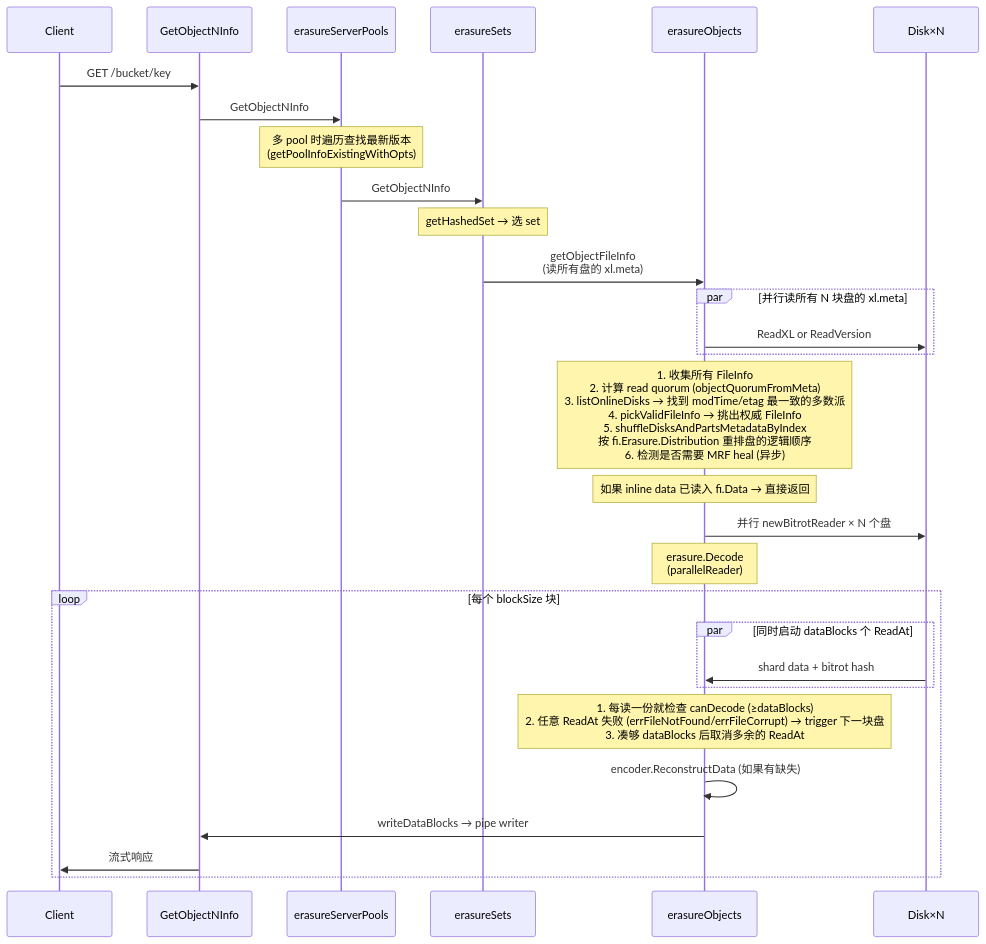
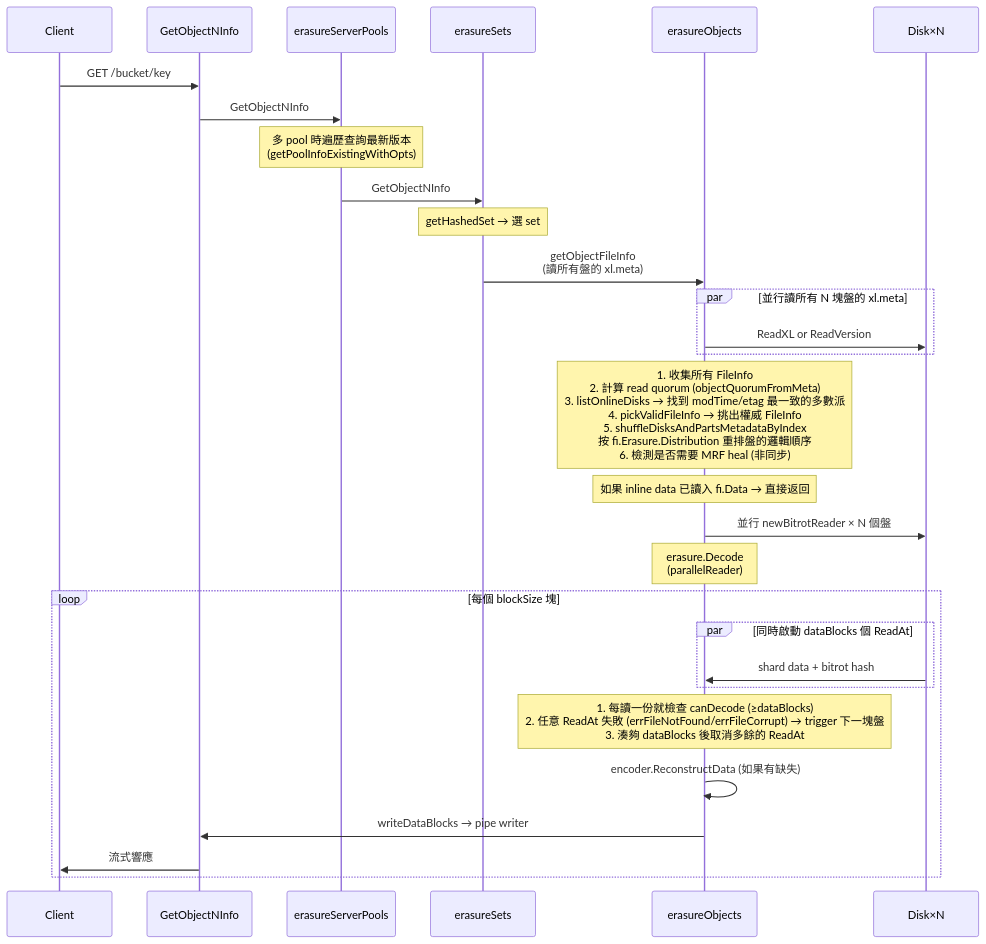
One commit to cysu01/minio changed the fifth of 8 diagrams in repo-analysis/drafts/06-module-storage-erasure.md. Above: the diagram before and after it, drawn with Mermaid. The commit also changed other lines of this file and 14 other files, not shown here.

````diff
--- a/repo-analysis/drafts/06-module-storage-erasure.md
+++ b/repo-analysis/drafts/06-module-storage-erasure.md
@@ -446,32 +446,32 @@
 ```mermaid
 sequenceDiagram
     participant Client
     participant Handler as GetObjectNInfo
     participant SP as erasureServerPools
     participant Sets as erasureSets
     participant ER as erasureObjects
     participant Disks as Disk×N
 
     Client->>Handler: GET /bucket/key
     Handler->>SP: GetObjectNInfo
-    Note over SP: 多 pool 时遍历查找最新版本<br/>(getPoolInfoExistingWithOpts)
+    Note over SP: 多 pool 時遍歷查詢最新版本<br/>(getPoolInfoExistingWithOpts)
     SP->>Sets: GetObjectNInfo
-    Note over Sets: getHashedSet → 选 set
-    Sets->>ER: getObjectFileInfo<br/>(读所有盘的 xl.meta)
-    par 并行读所有 N 块盘的 xl.meta
+    Note over Sets: getHashedSet → 選 set
+    Sets->>ER: getObjectFileInfo<br/>(讀所有盤的 xl.meta)
+    par 並行讀所有 N 塊盤的 xl.meta
         ER->>Disks: ReadXL or ReadVersion
     end
-    Note over ER: 1. 收集所有 FileInfo<br/>2. 计算 read quorum (objectQuorumFromMeta)<br/>3. listOnlineDisks → 找到 modTime/etag 最一致的多数派<br/>4. pickValidFileInfo → 挑出权威 FileInfo<br/>5. shuffleDisksAndPartsMetadataByIndex<br/>   按 fi.Erasure.Distribution 重排盘的逻辑顺序<br/>6. 检测是否需要 MRF heal (异步)
-    Note over ER: 如果 inline data 已读入 fi.Data → 直接返回
-    ER->>Disks: 并行 newBitrotReader × N 个盘
+    Note over ER: 1. 收集所有 FileInfo<br/>2. 計算 read quorum (objectQuorumFromMeta)<br/>3. listOnlineDisks → 找到 modTime/etag 最一致的多數派<br/>4. pickValidFileInfo → 挑出權威 FileInfo<br/>5. shuffleDisksAndPartsMetadataByIndex<br/>   按 fi.Erasure.Distribution 重排盤的邏輯順序<br/>6. 檢測是否需要 MRF heal (非同步)
+    Note over ER: 如果 inline data 已讀入 fi.Data → 直接返回
+    ER->>Disks: 並行 newBitrotReader × N 個盤
     Note over ER: erasure.Decode<br/>(parallelReader)
-    loop 每个 blockSize 块
-        par 同时启动 dataBlocks 个 ReadAt
+    loop 每個 blockSize 塊
+        par 同時啟動 dataBlocks 個 ReadAt
             Disks->>ER: shard data + bitrot hash
         end
-        Note over ER: 1. 每读一份就检查 canDecode (≥dataBlocks)<br/>2. 任意 ReadAt 失败 (errFileNotFound/errFileCorrupt) → trigger 下一块盘<br/>3. 凑够 dataBlocks 后取消多余的 ReadAt
+        Note over ER: 1. 每讀一份就檢查 canDecode (≥dataBlocks)<br/>2. 任意 ReadAt 失敗 (errFileNotFound/errFileCorrupt) → trigger 下一塊盤<br/>3. 湊夠 dataBlocks 後取消多餘的 ReadAt
         ER->>ER: encoder.ReconstructData (如果有缺失)
         ER->>Handler: writeDataBlocks → pipe writer
-        Handler->>Client: 流式响应
+        Handler->>Client: 流式響應
     end
 ```
````
